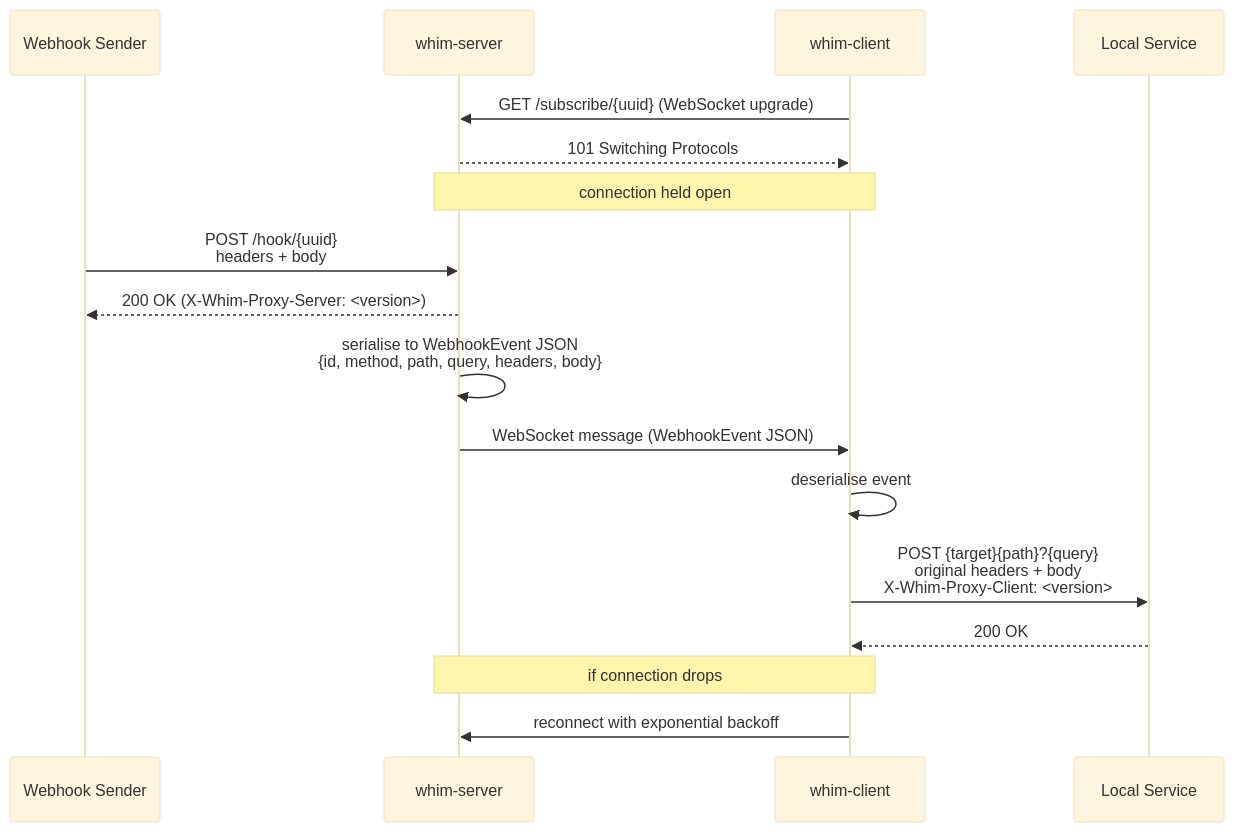
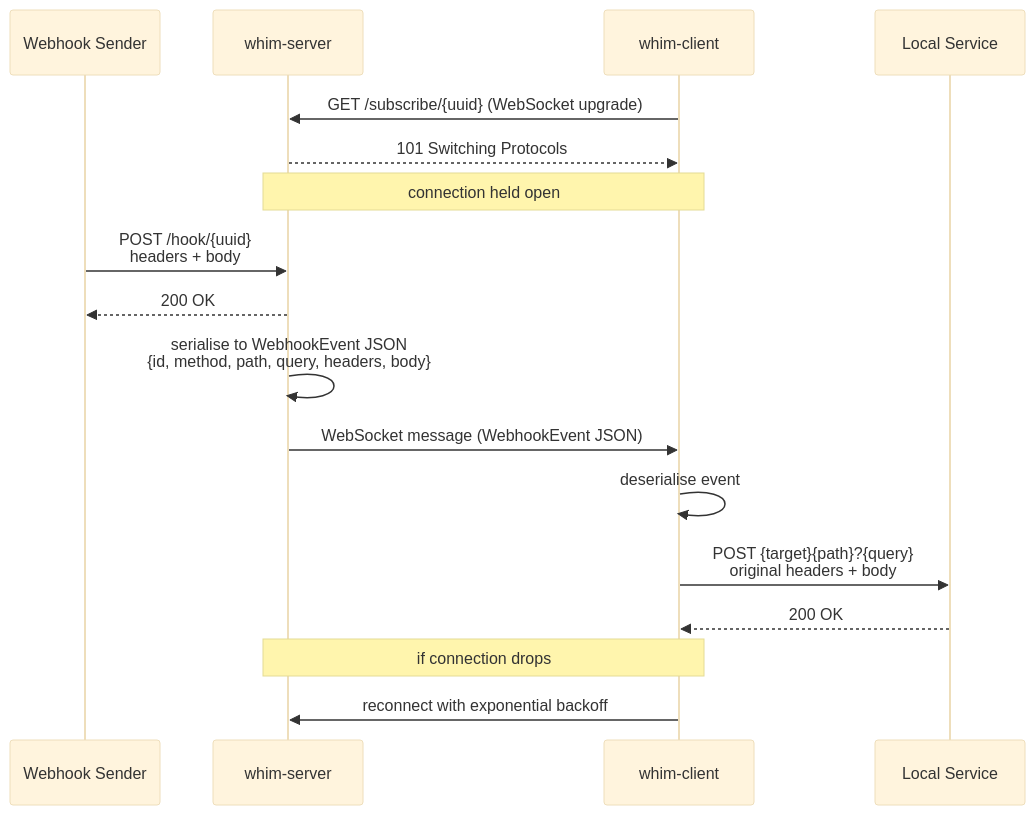
Before and after one commit to kakwa/whim-proxy: the second of 2 diagrams in README.md, drawn with Mermaid (base theme). The commit also changed other lines of this file, not shown here.

````diff
--- a/README.md
+++ b/README.md
@@ -176,25 +182,25 @@
 ```mermaid
 sequenceDiagram
     participant Sender as Webhook Sender
     participant Server as whim-server
     participant Client as whim-client
     participant Local as Local Service
 
     Client->>Server: GET /subscribe/{uuid} (WebSocket upgrade)
     Server-->>Client: 101 Switching Protocols
 
     Note over Client,Server: connection held open
 
     Sender->>Server: POST /hook/{uuid}<br/>headers + body
-    Server-->>Sender: 200 OK  (X-Whim-Proxy-Server: <version>)
+    Server-->>Sender: 200 OK
 
     Server->>Server: serialise to WebhookEvent JSON<br/>{id, method, path, query, headers, body}
     Server->>Client: WebSocket message (WebhookEvent JSON)
 
     Client->>Client: deserialise event
-    Client->>Local: POST {target}{path}?{query}<br/>original headers + body<br/>X-Whim-Proxy-Client: <version>
+    Client->>Local: POST {target}{path}?{query}<br/>original headers + body
     Local-->>Client: 200 OK
 
     Note over Client,Server: if connection drops
     Client->>Server: reconnect with exponential backoff
 ```
````
